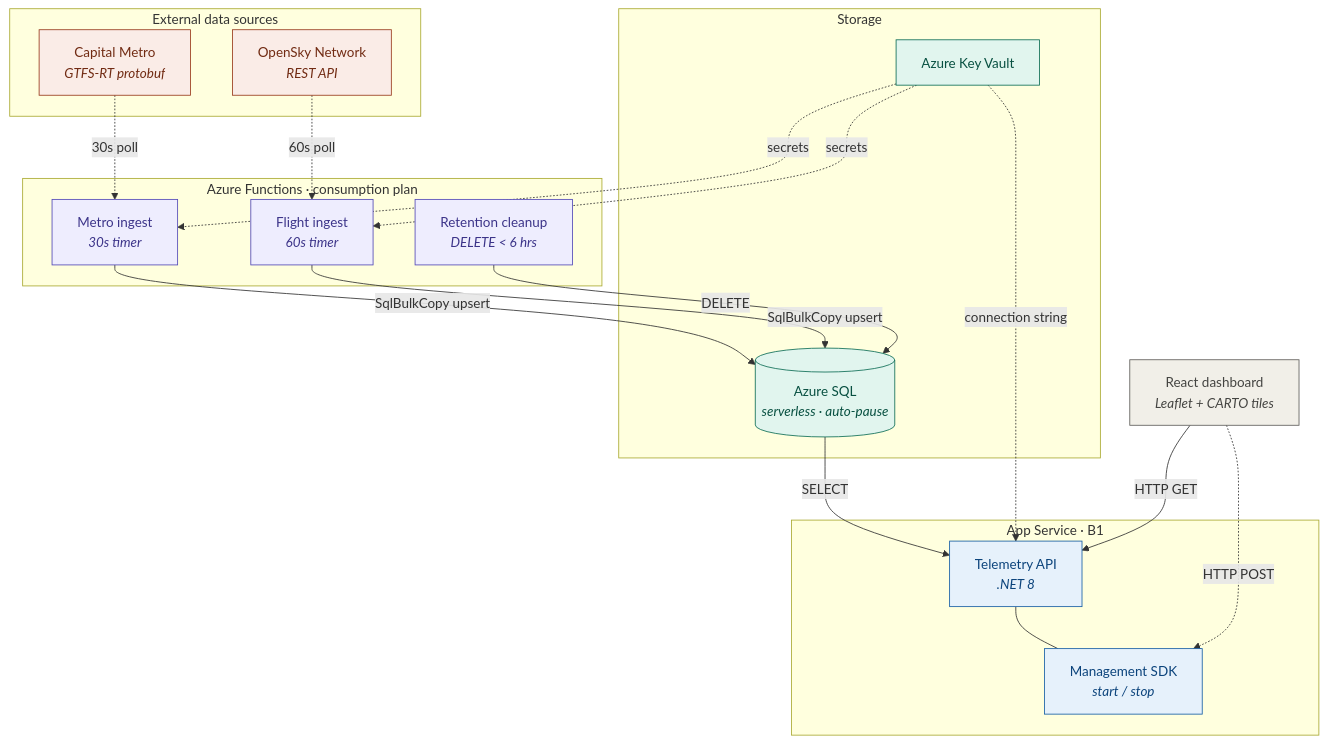
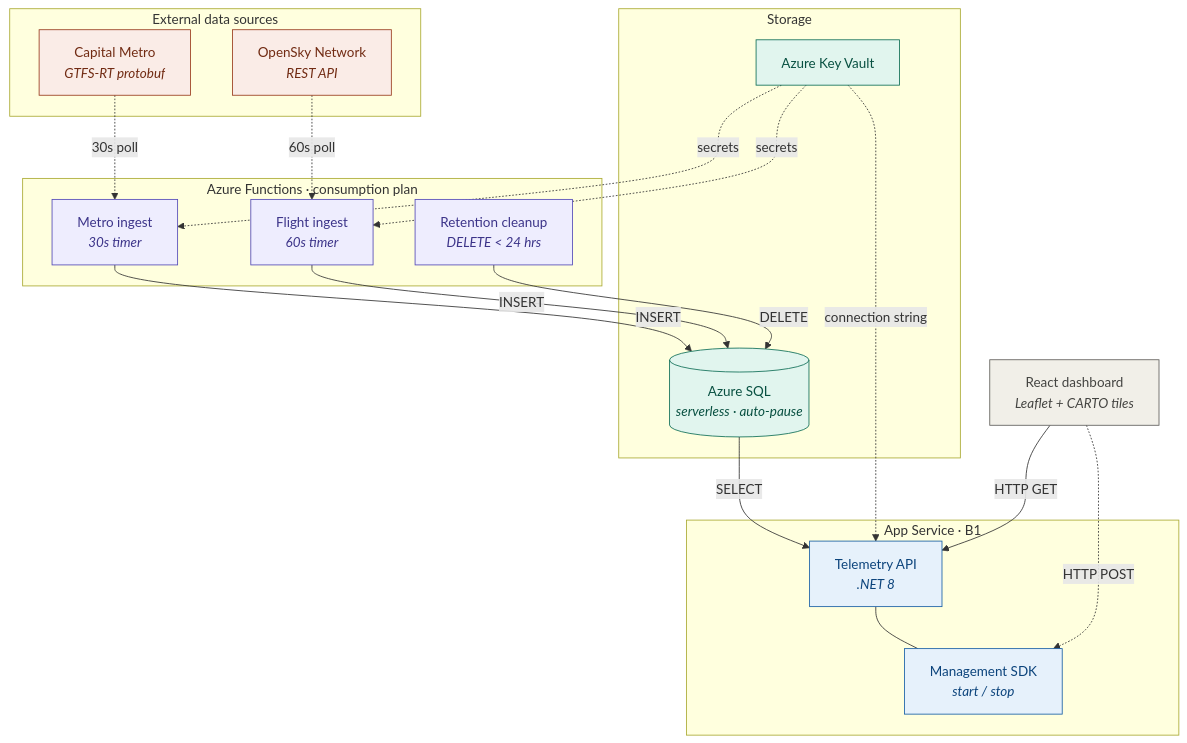
One commit to tonyperkins/azure-telemetry-platform changed the diagram in README.md. Above: the diagram before and after it, drawn with Mermaid. The commit also changed other lines of this file and 34 other files, not shown here.

````diff
--- a/README.md
+++ b/README.md
@@ -9,54 +9,54 @@
 ```mermaid
 flowchart TD
     subgraph sources ["External data sources"]
         CM["Capital Metro\n<i>GTFS-RT protobuf</i>"]
         OS["OpenSky Network\n<i>REST API</i>"]
     end
 
     subgraph functions ["Azure Functions · consumption plan"]
         MI["Metro ingest\n<i>30s timer</i>"]
         FI["Flight ingest\n<i>60s timer</i>"]
-        RC["Retention cleanup\n<i>DELETE &lt; 6 hrs</i>"]
+        RC["Retention cleanup\n<i>DELETE &lt; 24 hrs</i>"]
     end
 
     subgraph appservice ["App Service · B1"]
         API["Telemetry API\n<i>.NET 8</i>"]
         ARM["Management SDK\n<i>start / stop</i>"]
     end
 
     subgraph storage ["Storage"]
         SQL[("Azure SQL\n<i>serverless · auto-pause</i>")]
         KV["Azure Key Vault"]
     end
 
     DASH["React dashboard\n<i>Leaflet + CARTO tiles</i>"]
 
     CM -. "30s poll" .-> MI
     OS -. "60s poll" .-> FI
 
-    MI -- "SqlBulkCopy upsert" --> SQL
-    FI -- "SqlBulkCopy upsert" --> SQL
+    MI -- "INSERT" --> SQL
+    FI -- "INSERT" --> SQL
     RC -- "DELETE" --> SQL
 
     SQL -- "SELECT" --> API
     API --- ARM
 
     DASH -- "HTTP GET" --> API
     DASH -. "HTTP POST" .-> ARM
 
     KV -. "secrets" .-> MI
     KV -. "secrets" .-> FI
     KV -. "connection string" .-> API
 
     classDef external fill:#FAECE7,stroke:#993C1D,color:#712B13
     classDef ingest fill:#EEEDFE,stroke:#534AB7,color:#3C3489
     classDef store fill:#E1F5EE,stroke:#0F6E56,color:#085041
     classDef api fill:#E6F1FB,stroke:#185FA5,color:#0C447C
     classDef frontend fill:#F1EFE8,stroke:#5F5E5A,color:#444441
 
     class CM,OS external
     class MI,FI,RC ingest
     class SQL,KV store
     class API,ARM api
     class DASH frontend
 ```
````
